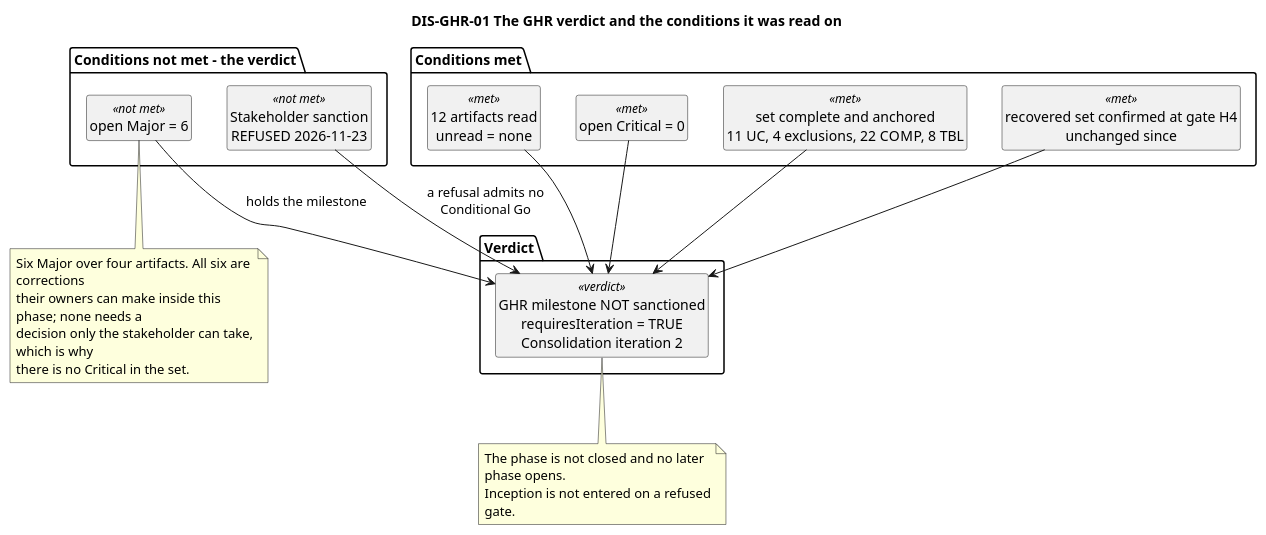
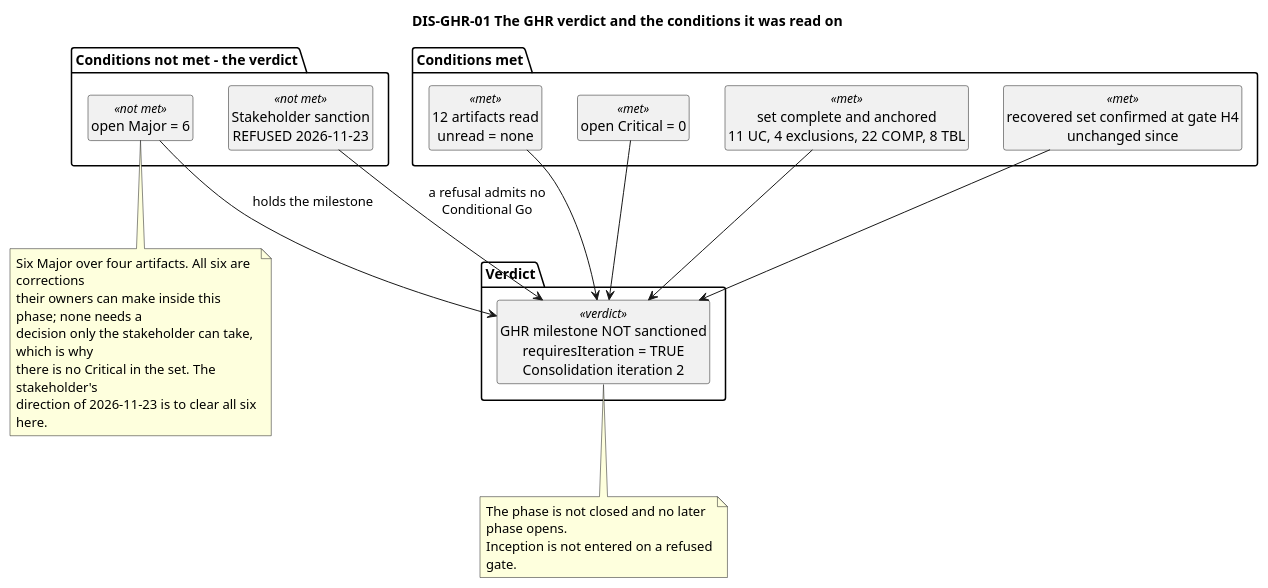
One commit to banense-test/TodoApp changed diagram 13 of 13 in docs/artifacts/project-management/review-record.md. Above: the diagram before and after it, drawn with PlantUML. The commit also changed other lines of this file, not shown here.

````diff
--- a/docs/artifacts/project-management/review-record.md
+++ b/docs/artifacts/project-management/review-record.md
@@ -1164,43 +1165,44 @@
 ```plantuml
 @startuml
 title DIS-GHR-01 The GHR verdict and the conditions it was read on
 skinparam shadowing false
 skinparam wrapWidth 245
 hide circle
 hide empty members
 
 package "Conditions met" {
   class "12 artifacts read\nunread = none" as X1 <<met>>
   class "open Critical = 0" as X2 <<met>>
   class "set complete and anchored\n11 UC, 4 exclusions, 22 COMP, 8 TBL" as X3 <<met>>
   class "recovered set confirmed at gate H4\nunchanged since" as X4 <<met>>
 }
 
 package "Conditions not met - the verdict" {
   class "open Major = 6" as N1 <<not met>>
   class "Stakeholder sanction\nREFUSED 2026-11-23" as N2 <<not met>>
 }
 
 package "Verdict" {
   class "GHR milestone NOT sanctioned\nrequiresIteration = TRUE\nConsolidation iteration 2" as V <<verdict>>
 }
 
 X1 --> V
 X2 --> V
 X3 --> V
 X4 --> V
 N1 --> V : holds the milestone
 N2 --> V : a refusal admits no\nConditional Go
 
 note bottom of N1
   Six Major over four artifacts. All six are corrections
   their owners can make inside this phase; none needs a
   decision only the stakeholder can take, which is why
-  there is no Critical in the set.
+  there is no Critical in the set. The stakeholder's
+  direction of 2026-11-23 is to clear all six here.
 end note
 note bottom of V
   The phase is not closed and no later phase opens.
   Inception is not entered on a refused gate.
 end note
 @enduml
 ```
````
